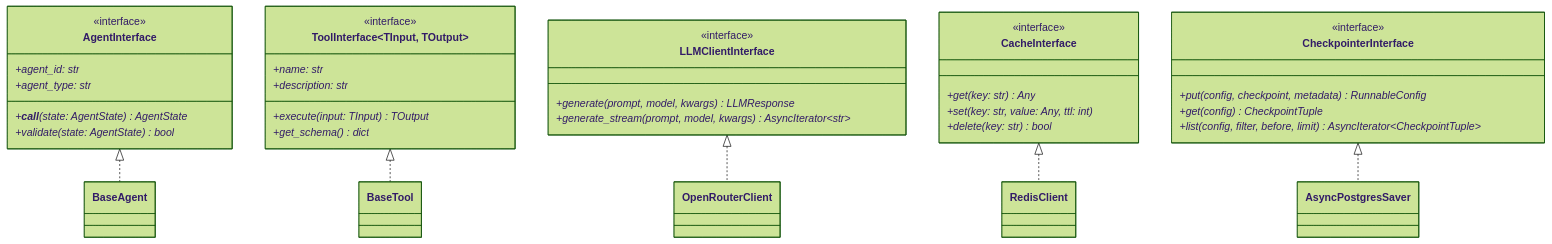
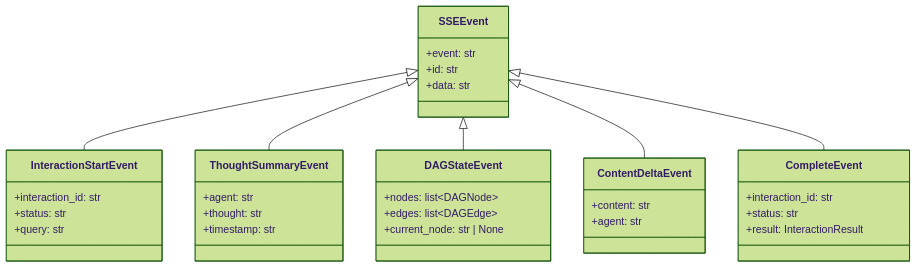
Before and after one commit to satyamaix/DeepResearchX: diagram 23 of 26 in docs/LLD.md, drawn with Mermaid (forest theme). The commit also changed other lines of this file and 2 other files, not shown here.

````diff
--- a/docs/LLD.md
+++ b/docs/LLD.md
@@ -787,44 +1283,43 @@
 ```mermaid
 classDiagram
-    class AgentInterface {
-        <<interface>>
-        +agent_id: str*
-        +agent_type: str*
-        +__call__(state: AgentState)* AgentState
-        +validate(state: AgentState)* bool
+    class SSEEvent {
+        +event: str
+        +id: str
+        +data: str
     }
 
-    class ToolInterface~TInput, TOutput~ {
-        <<interface>>
-        +name: str*
-        +description: str*
-        +execute(input: TInput)* TOutput
-        +get_schema()* dict
+    class InteractionStartEvent {
+        +interaction_id: str
+        +status: str
+        +query: str
     }
 
-    class LLMClientInterface {
-        <<interface>>
-        +generate(prompt, model, kwargs)* LLMResponse
-        +generate_stream(prompt, model, kwargs)* AsyncIterator~str~
+    class ThoughtSummaryEvent {
+        +agent: str
+        +thought: str
+        +timestamp: str
     }
 
-    class CacheInterface {
-        <<interface>>
-        +get(key: str)* Any
-        +set(key: str, value: Any, ttl: int)*
-        +delete(key: str)* bool
+    class DAGStateEvent {
+        +nodes: list~DAGNode~
+        +edges: list~DAGEdge~
+        +current_node: str | None
     }
 
-    class CheckpointerInterface {
-        <<interface>>
-        +put(config, checkpoint, metadata)* RunnableConfig
-        +get(config)* CheckpointTuple
-        +list(config, filter, before, limit)* AsyncIterator~CheckpointTuple~
+    class ContentDeltaEvent {
+        +content: str
+        +agent: str
     }
 
-    AgentInterface <|.. BaseAgent
-    ToolInterface <|.. BaseTool
-    LLMClientInterface <|.. OpenRouterClient
-    CacheInterface <|.. RedisClient
-    CheckpointerInterface <|.. AsyncPostgresSaver
+    class CompleteEvent {
+        +interaction_id: str
+        +status: str
+        +result: InteractionResult
+    }
+
+    SSEEvent <|-- InteractionStartEvent
+    SSEEvent <|-- ThoughtSummaryEvent
+    SSEEvent <|-- DAGStateEvent
+    SSEEvent <|-- ContentDeltaEvent
+    SSEEvent <|-- CompleteEvent
 ```
````
